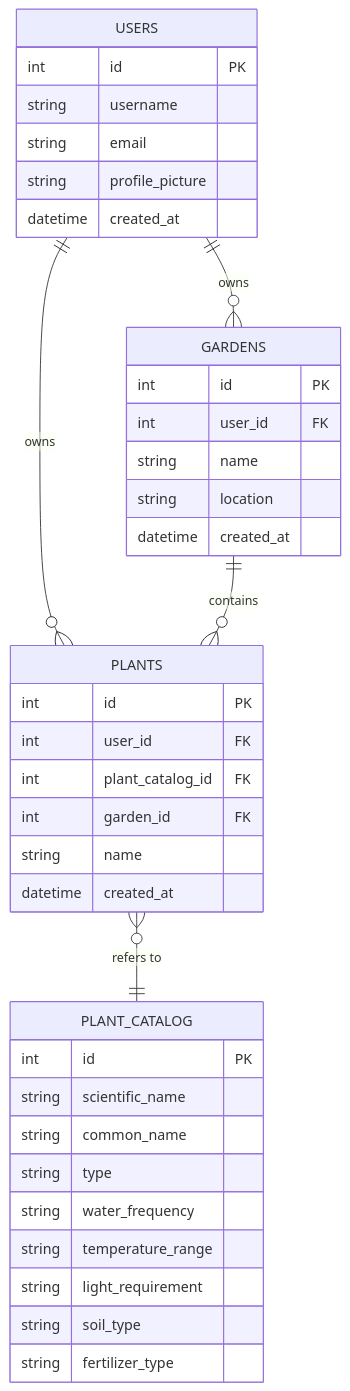
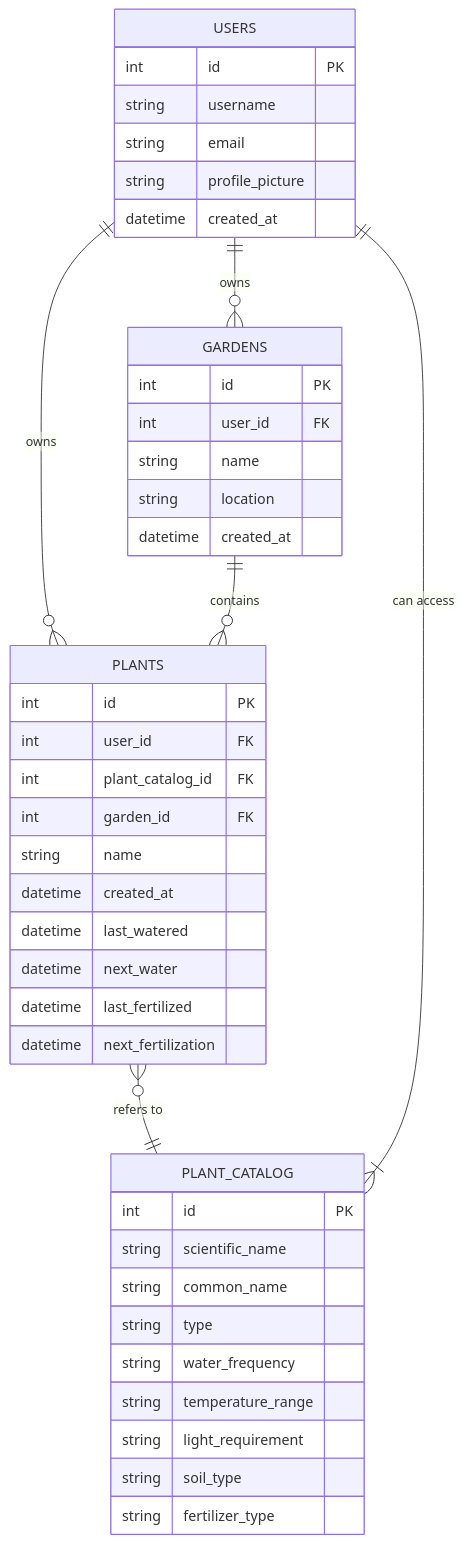
The diagram in green-fingers/docs/SoftwareArchitectureDocument.md (Green-Fingers-App/gardeningApp), drawn with Mermaid before and after one commit.

````diff
--- a/green-fingers/docs/SoftwareArchitectureDocument.md
+++ b/green-fingers/docs/SoftwareArchitectureDocument.md
@@ -80,41 +80,47 @@
 ```mermaid
 erDiagram
     USERS {
         int id PK
         string username
         string email
         string profile_picture
         datetime created_at
     }
     PLANT_CATALOG {
         int id PK
         string scientific_name
         string common_name
         string type
         string water_frequency
         string temperature_range
         string light_requirement
         string soil_type
         string fertilizer_type
     }
     PLANTS {
         int id PK
         int user_id FK
         int plant_catalog_id FK
         int garden_id FK
         string name
         datetime created_at
+        datetime last_watered
+        datetime next_water
+        datetime last_fertilized
+        datetime next_fertilization
     }
     GARDENS {
         int id PK
         int user_id FK
         string name
         string location
         datetime created_at
     }
 
+    %% Relationships
     USERS ||--o{ PLANTS : "owns"
     USERS ||--o{ GARDENS : "owns"
     PLANTS }o--|| PLANT_CATALOG : "refers to"
     GARDENS ||--o{ PLANTS : "contains"
+    USERS ||--|{ PLANT_CATALOG : "can access"
 ```
````
